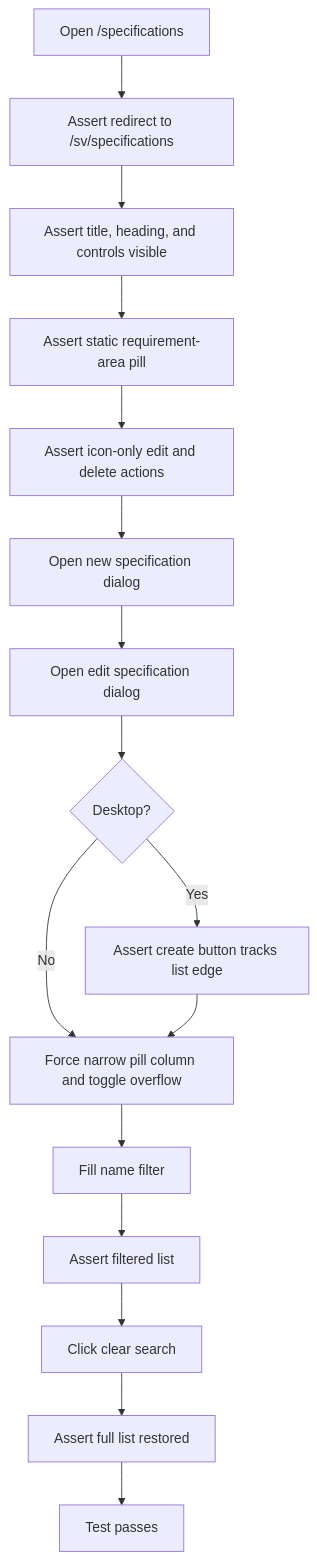
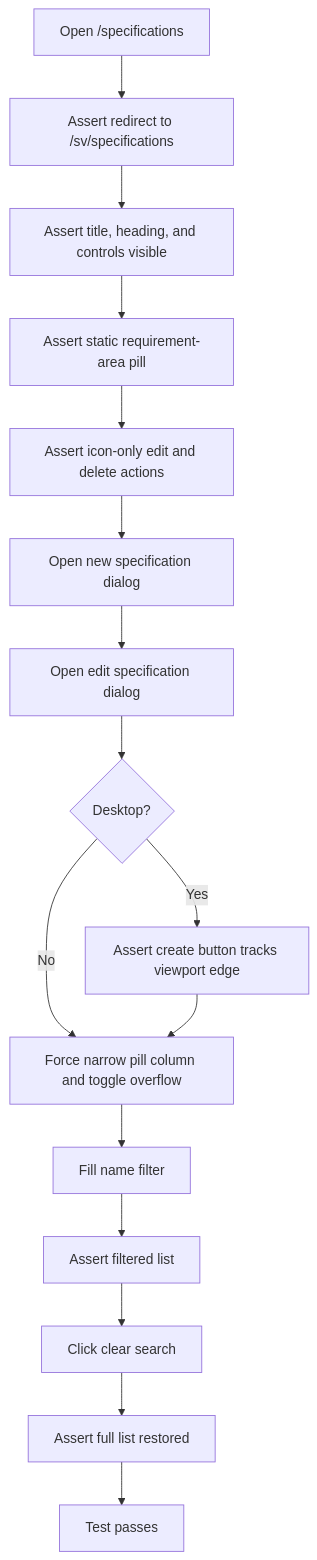
Before and after one commit to viscalyx/Kravhantering: the first of 3 diagrams in tests/integration/specifications-list.md, drawn with Mermaid. The commit also changed other lines of this file and 81 other files, not shown here.

````diff
--- a/tests/integration/specifications-list.md
+++ b/tests/integration/specifications-list.md
@@ -16,18 +17,18 @@
 ```mermaid
 flowchart TD
     A[Open /specifications] --> A1[Assert redirect to /sv/specifications]
     A1 --> B[Assert title, heading, and controls visible]
     B --> B1[Assert static requirement-area pill]
     B1 --> B2[Assert icon-only edit and delete actions]
     B2 --> B3[Open new specification dialog]
     B3 --> B4[Open edit specification dialog]
     B4 --> C{Desktop?}
-    C -- Yes --> D[Assert create button tracks list edge]
+    C -- Yes --> D[Assert create button tracks viewport edge]
     C -- No --> B5[Force narrow pill column and toggle overflow]
     D --> B5
     B5 --> E[Fill name filter]
     E --> F[Assert filtered list]
     F --> G[Click clear search]
     G --> H[Assert full list restored]
     H --> I[Test passes]
 ```
````
